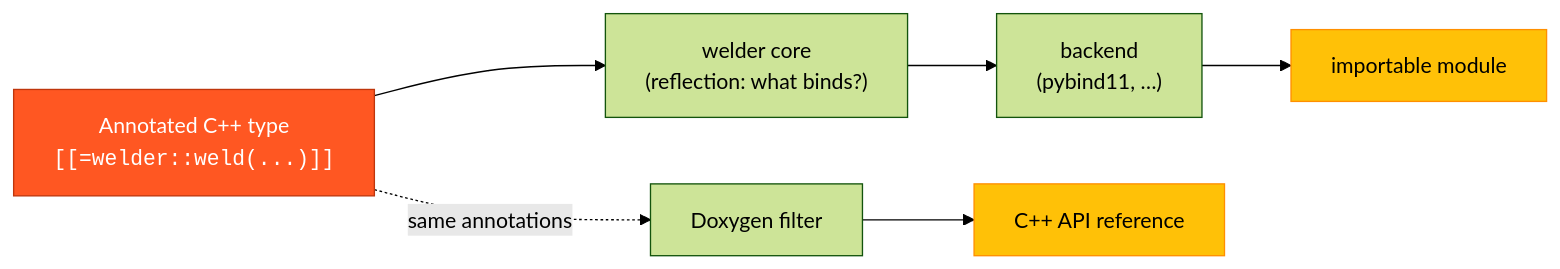
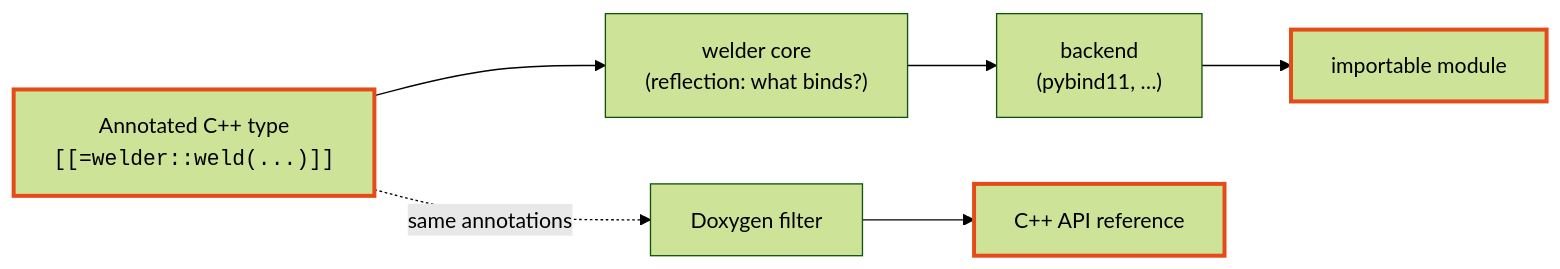
The diagram in docs/content/index.md (skarndev/welder), drawn with Mermaid (forest theme) before and after one commit. The commit also changed 6 other files, not shown here.

First line of the commit message:
docs: serve the C++ reference (no 404) and fix dark-theme diagram contrast

````diff
--- a/docs/content/index.md
+++ b/docs/content/index.md
@@ -91,11 +91,11 @@
 ```mermaid
 flowchart LR
     A["Annotated C++ type<br/><code>[[=welder::weld(...)]]</code>"] --> B["welder core<br/>(reflection: what binds?)"]
     B --> C["backend<br/>(pybind11, …)"]
     C --> D["importable module"]
     A -.same annotations.-> E["Doxygen filter"]
     E --> F["C++ API reference"]
-    style A fill:#ff5722,stroke:#bf360c,color:#fff
-    style D fill:#ffc107,stroke:#ff8f00,color:#000
-    style F fill:#ffc107,stroke:#ff8f00,color:#000
+    style A stroke:#e64a19,stroke-width:3px
+    style D stroke:#e64a19,stroke-width:3px
+    style F stroke:#e64a19,stroke-width:3px
 ```
````
